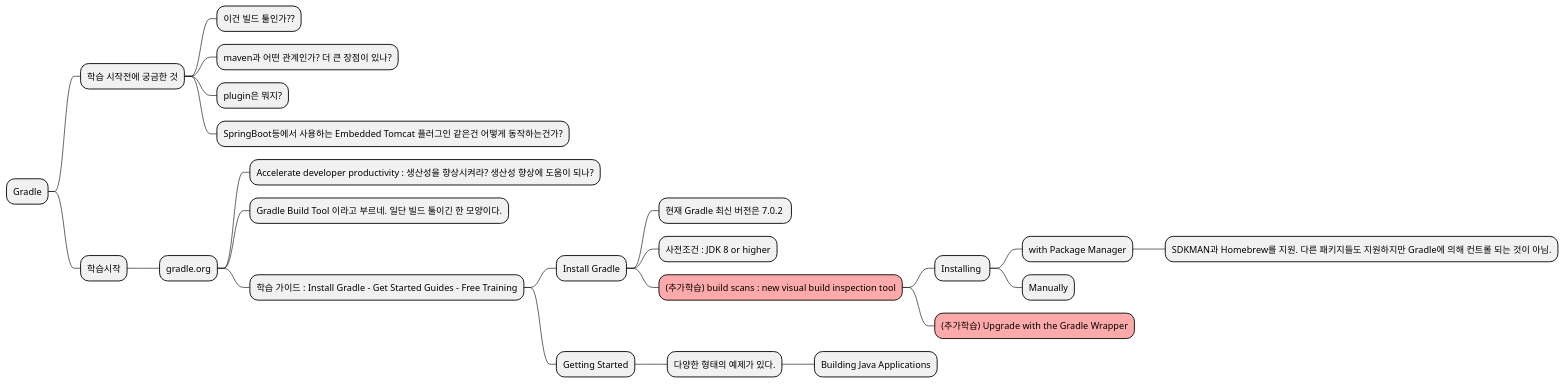
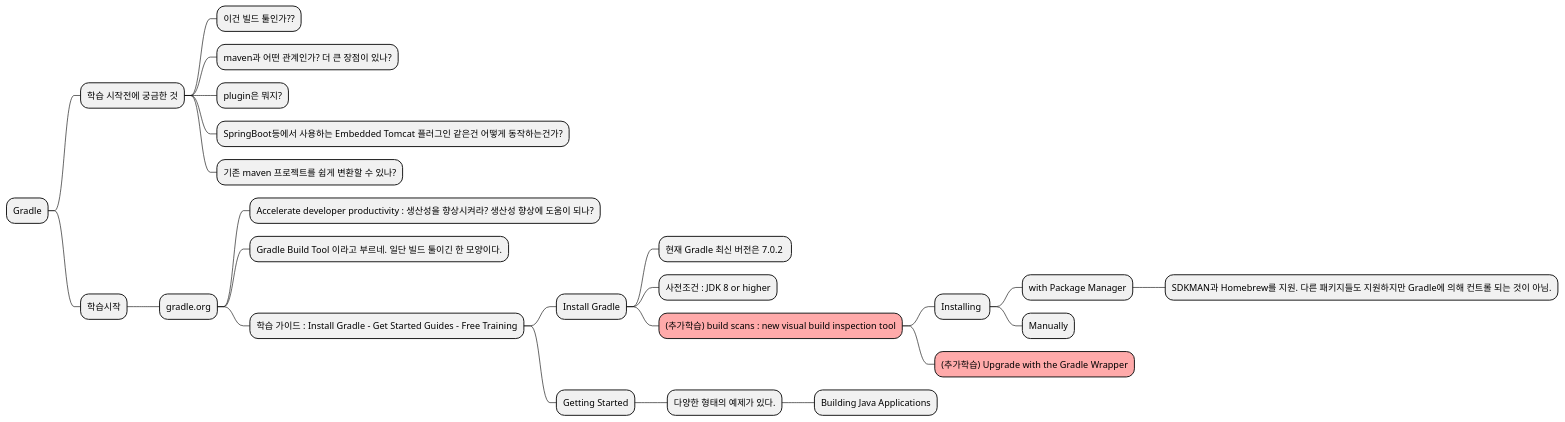
The diagram in puml/Gradle.puml (scottSeo/study), drawn with PlantUML before and after one commit.

```diff
--- a/puml/Gradle.puml
+++ b/puml/Gradle.puml
@@ -1,27 +1,28 @@
 @startmindmap
 
 * Gradle
  * 학습 시작전에 궁금한 것
   * 이건 빌드 툴인가??
   * maven과 어떤 관계인가? 더 큰 장점이 있나?
   * plugin은 뭐지?
   * SpringBoot등에서 사용하는 Embedded Tomcat 플러그인 같은건 어떻게 동작하는건가?
+  * 기존 maven 프로젝트를 쉽게 변환할 수 있나?
  * 학습시작
   * gradle.org
    * Accelerate developer productivity : 생산성을 향상시켜라? 생산성 향상에 도움이 되나?
    * Gradle Build Tool 이라고 부르네. 일단 빌드 툴이긴 한 모양이다.
    * 학습 가이드 : Install Gradle - Get Started Guides - Free Training
     * Install Gradle
      * 현재 Gradle 최신 버전은 7.0.2 
      * 사전조건 : JDK 8 or higher
      *[#ffaaaa] (추가학습) build scans : new visual build inspection tool
       * Installing 
        * with Package Manager
         * SDKMAN과 Homebrew를 지원. 다른 패키지들도 지원하지만 Gradle에 의해 컨트롤 되는 것이 아님.
        * Manually
       *[#ffaaaa] (추가학습) Upgrade with the Gradle Wrapper
     * Getting Started
      * 다양한 형태의 예제가 있다.
       * Building Java Applications
        
 @endmindmap
```
